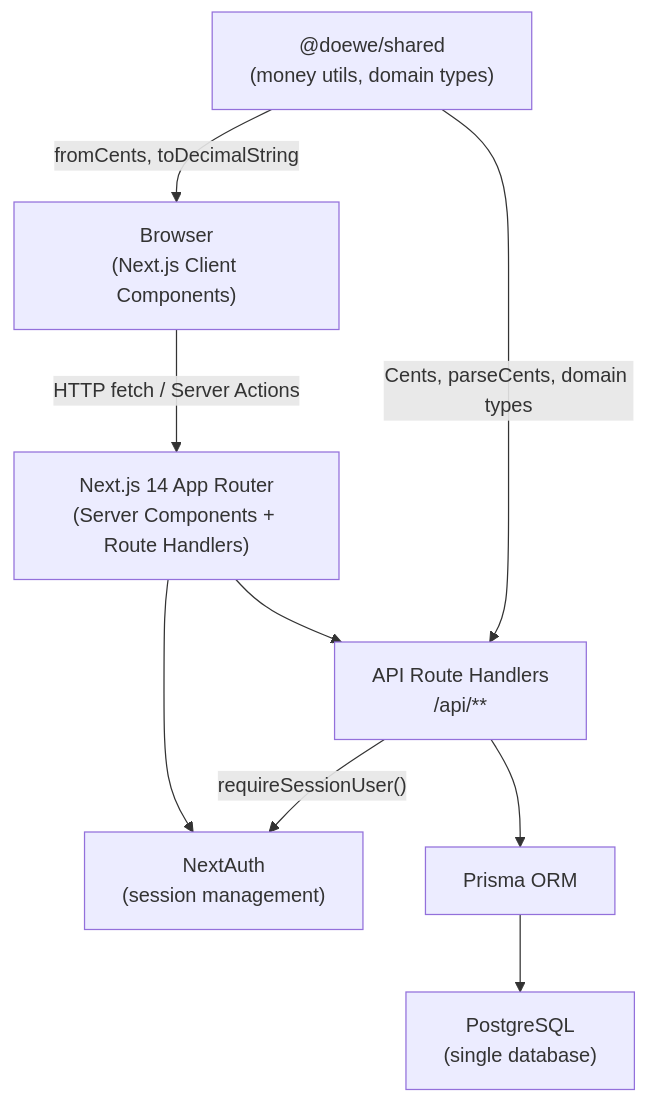
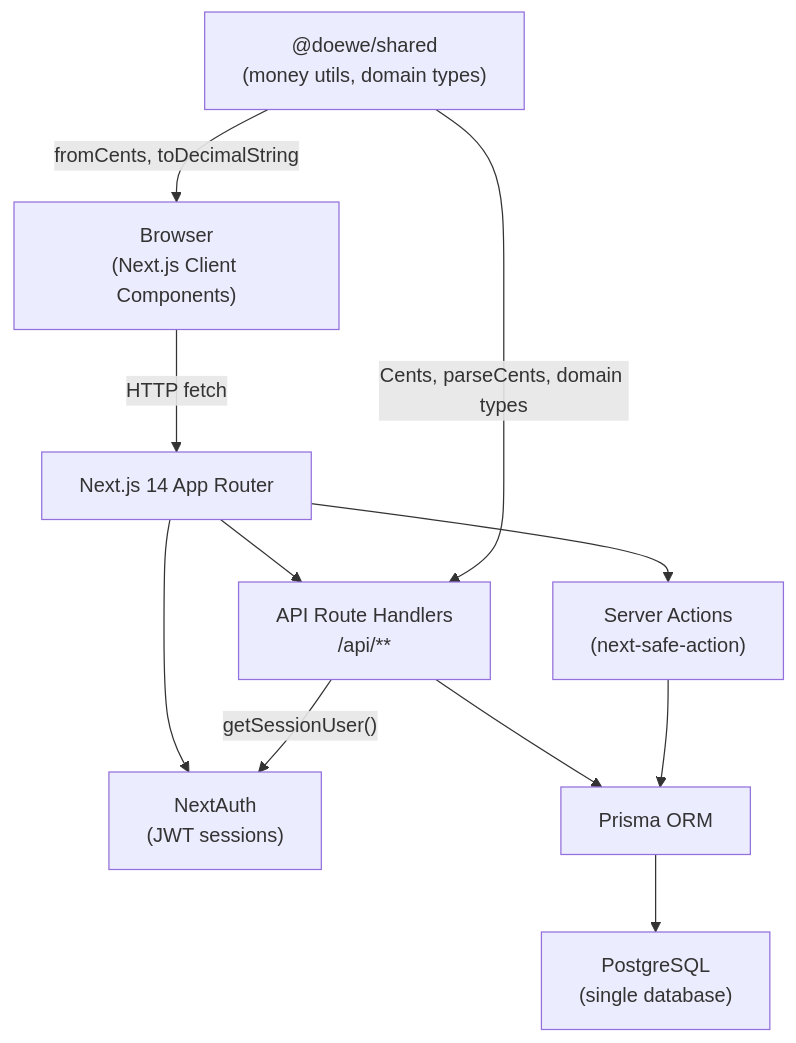
One commit to konradthiemann/Doewe changed the first of 2 diagrams in docs/architecture.md. Above: the diagram before and after it, drawn with Mermaid. The commit also changed other lines of this file and 15 other files, not shown here.

````diff
--- a/docs/architecture.md
+++ b/docs/architecture.md
@@ -11,19 +11,22 @@
 ```mermaid
 graph TD
     Browser["Browser\n(Next.js Client Components)"]
-    AppRouter["Next.js 14 App Router\n(Server Components + Route Handlers)"]
+    AppRouter["Next.js 14 App Router"]
     APIRoutes["API Route Handlers\n/api/**"]
-    Auth["NextAuth\n(session management)"]
+    Actions["Server Actions\n(next-safe-action)"]
+    Auth["NextAuth\n(JWT sessions)"]
     Prisma["Prisma ORM"]
     Postgres["PostgreSQL\n(single database)"]
     Shared["@doewe/shared\n(money utils, domain types)"]
 
-    Browser -->|"HTTP fetch / Server Actions"| AppRouter
+    Browser -->|"HTTP fetch"| AppRouter
     AppRouter --> APIRoutes
+    AppRouter --> Actions
     AppRouter --> Auth
-    APIRoutes -->|"requireSessionUser()"| Auth
+    APIRoutes -->|"getSessionUser()"| Auth
     APIRoutes --> Prisma
+    Actions --> Prisma
     Prisma --> Postgres
     Shared -->|"Cents, parseCents, domain types"| APIRoutes
     Shared -->|"fromCents, toDecimalString"| Browser
 ```
````
